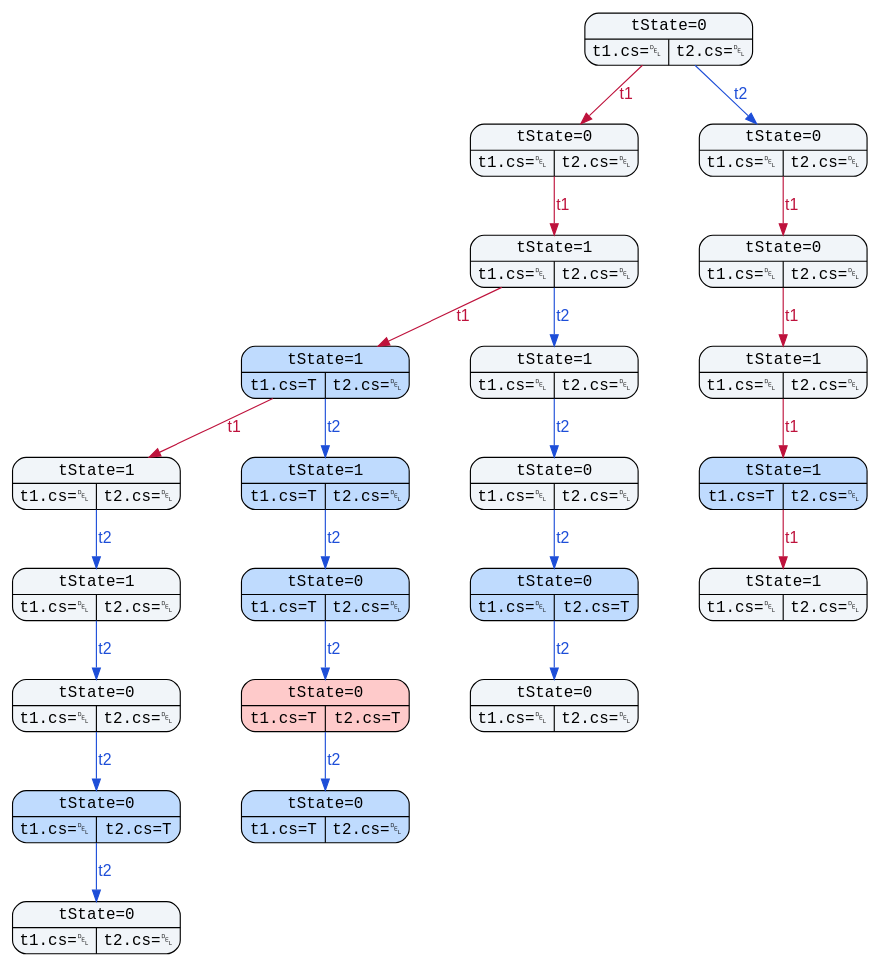
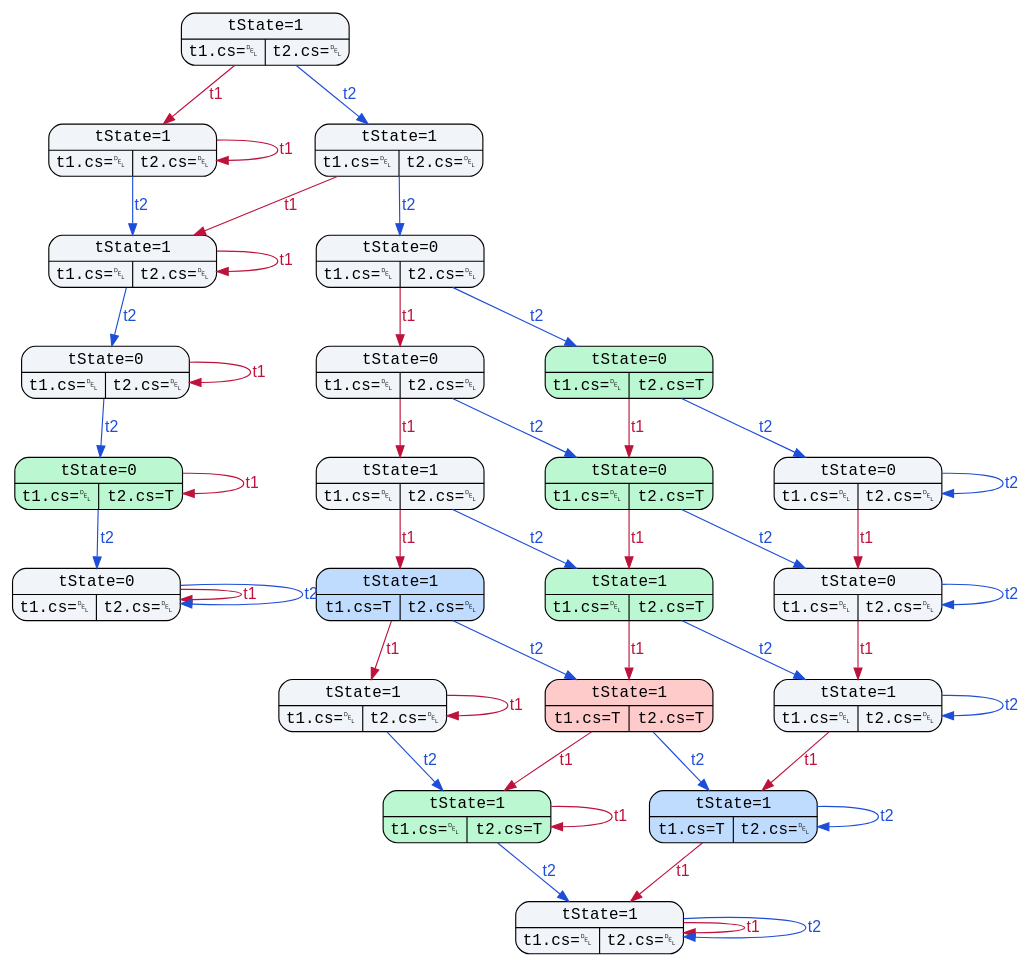
Before and after one commit to StormMapleleaf/operating-systems: the diagram in class note/model/model-checker/a.gv, drawn with Graphviz. The commit also changed 3 other files, not shown here.

```diff
--- a/class note/model/model-checker/a.gv
+++ b/class note/model/model-checker/a.gv
@@ -1,49 +1,72 @@
 digraph G {
 	graph [fontsize=12 layout=dot nodesep=0.75]
 	subgraph legend {
 		node [fontname="Courier New" shape=Mrecord style=filled]
-		s0 [label="{{tState=0}|{{t1.cs=␡}|{t2.cs=␡}}}" fillcolor="#f1f5f9" id=s0]
-		s1 [label="{{tState=0}|{{t1.cs=␡}|{t2.cs=␡}}}" fillcolor="#f1f5f9" id=s1]
-		s2 [label="{{tState=0}|{{t1.cs=␡}|{t2.cs=␡}}}" fillcolor="#f1f5f9" id=s2]
+		s0 [label="{{tState=1}|{{t1.cs=␡}|{t2.cs=␡}}}" fillcolor="#f1f5f9" id=s0]
+		s1 [label="{{tState=1}|{{t1.cs=␡}|{t2.cs=␡}}}" fillcolor="#f1f5f9" id=s1]
+		s2 [label="{{tState=1}|{{t1.cs=␡}|{t2.cs=␡}}}" fillcolor="#f1f5f9" id=s2]
 		s3 [label="{{tState=1}|{{t1.cs=␡}|{t2.cs=␡}}}" fillcolor="#f1f5f9" id=s3]
 		s4 [label="{{tState=0}|{{t1.cs=␡}|{t2.cs=␡}}}" fillcolor="#f1f5f9" id=s4]
-		s5 [label="{{tState=1}|{{t1.cs=T}|{t2.cs=␡}}}" fillcolor="#bfdbfe" id=s5]
-		s6 [label="{{tState=1}|{{t1.cs=␡}|{t2.cs=␡}}}" fillcolor="#f1f5f9" id=s6]
-		s7 [label="{{tState=1}|{{t1.cs=␡}|{t2.cs=␡}}}" fillcolor="#f1f5f9" id=s7]
-		s8 [label="{{tState=1}|{{t1.cs=␡}|{t2.cs=␡}}}" fillcolor="#f1f5f9" id=s8]
-		s9 [label="{{tState=1}|{{t1.cs=T}|{t2.cs=␡}}}" fillcolor="#bfdbfe" id=s9]
-		s10 [label="{{tState=0}|{{t1.cs=␡}|{t2.cs=␡}}}" fillcolor="#f1f5f9" id=s10]
-		s11 [label="{{tState=1}|{{t1.cs=T}|{t2.cs=␡}}}" fillcolor="#bfdbfe" id=s11]
-		s12 [label="{{tState=1}|{{t1.cs=␡}|{t2.cs=␡}}}" fillcolor="#f1f5f9" id=s12]
-		s13 [label="{{tState=0}|{{t1.cs=T}|{t2.cs=␡}}}" fillcolor="#bfdbfe" id=s13]
-		s14 [label="{{tState=0}|{{t1.cs=␡}|{t2.cs=T}}}" fillcolor="#bfdbfe" id=s14]
-		s15 [label="{{tState=1}|{{t1.cs=␡}|{t2.cs=␡}}}" fillcolor="#f1f5f9" id=s15]
-		s16 [label="{{tState=0}|{{t1.cs=␡}|{t2.cs=␡}}}" fillcolor="#f1f5f9" id=s16]
-		s17 [label="{{tState=0}|{{t1.cs=T}|{t2.cs=T}}}" fillcolor="#fecaca" id=s17]
-		s18 [label="{{tState=0}|{{t1.cs=␡}|{t2.cs=␡}}}" fillcolor="#f1f5f9" id=s18]
-		s19 [label="{{tState=0}|{{t1.cs=␡}|{t2.cs=T}}}" fillcolor="#bfdbfe" id=s19]
-		s20 [label="{{tState=0}|{{t1.cs=T}|{t2.cs=␡}}}" fillcolor="#bfdbfe" id=s20]
-		s21 [label="{{tState=0}|{{t1.cs=␡}|{t2.cs=␡}}}" fillcolor="#f1f5f9" id=s21]
+		s5 [label="{{tState=0}|{{t1.cs=␡}|{t2.cs=␡}}}" fillcolor="#f1f5f9" id=s5]
+		s6 [label="{{tState=0}|{{t1.cs=␡}|{t2.cs=␡}}}" fillcolor="#f1f5f9" id=s6]
+		s7 [label="{{tState=0}|{{t1.cs=␡}|{t2.cs=T}}}" fillcolor="#bbf7d0" id=s7]
+		s8 [label="{{tState=0}|{{t1.cs=␡}|{t2.cs=T}}}" fillcolor="#bbf7d0" id=s8]
+		s9 [label="{{tState=1}|{{t1.cs=␡}|{t2.cs=␡}}}" fillcolor="#f1f5f9" id=s9]
+		s10 [label="{{tState=0}|{{t1.cs=␡}|{t2.cs=T}}}" fillcolor="#bbf7d0" id=s10]
+		s11 [label="{{tState=0}|{{t1.cs=␡}|{t2.cs=␡}}}" fillcolor="#f1f5f9" id=s11]
+		s12 [label="{{tState=0}|{{t1.cs=␡}|{t2.cs=␡}}}" fillcolor="#f1f5f9" id=s12]
+		s13 [label="{{tState=1}|{{t1.cs=T}|{t2.cs=␡}}}" fillcolor="#bfdbfe" id=s13]
+		s14 [label="{{tState=1}|{{t1.cs=␡}|{t2.cs=T}}}" fillcolor="#bbf7d0" id=s14]
+		s15 [label="{{tState=0}|{{t1.cs=␡}|{t2.cs=␡}}}" fillcolor="#f1f5f9" id=s15]
+		s16 [label="{{tState=1}|{{t1.cs=␡}|{t2.cs=␡}}}" fillcolor="#f1f5f9" id=s16]
+		s17 [label="{{tState=1}|{{t1.cs=T}|{t2.cs=T}}}" fillcolor="#fecaca" id=s17]
+		s18 [label="{{tState=1}|{{t1.cs=␡}|{t2.cs=␡}}}" fillcolor="#f1f5f9" id=s18]
+		s19 [label="{{tState=1}|{{t1.cs=␡}|{t2.cs=T}}}" fillcolor="#bbf7d0" id=s19]
+		s20 [label="{{tState=1}|{{t1.cs=T}|{t2.cs=␡}}}" fillcolor="#bfdbfe" id=s20]
+		s21 [label="{{tState=1}|{{t1.cs=␡}|{t2.cs=␡}}}" fillcolor="#f1f5f9" id=s21]
+		s0 -> s1 [label=t1 color="#be123c" fontcolor="#be123c" fontname=Helvetica id="s0-s1"]
 		s0 -> s2 [label=t2 color="#1d4ed8" fontcolor="#1d4ed8" fontname=Helvetica id="s0-s2"]
-		s0 -> s1 [label=t1 color="#be123c" fontcolor="#be123c" fontname=Helvetica id="s0-s1"]
-		s1 -> s3 [label=t1 color="#be123c" fontcolor="#be123c" fontname=Helvetica id="s1-s3"]
-		s2 -> s4 [label=t1 color="#be123c" fontcolor="#be123c" fontname=Helvetica id="s2-s4"]
-		s3 -> s5 [label=t1 color="#be123c" fontcolor="#be123c" fontname=Helvetica id="s3-s5"]
-		s4 -> s7 [label=t1 color="#be123c" fontcolor="#be123c" fontname=Helvetica id="s4-s7"]
-		s5 -> s8 [label=t1 color="#be123c" fontcolor="#be123c" fontname=Helvetica id="s5-s8"]
-		s7 -> s11 [label=t1 color="#be123c" fontcolor="#be123c" fontname=Helvetica id="s7-s11"]
+		s1 -> s1 [label=t1 color="#be123c" fontcolor="#be123c" fontname=Helvetica id="s1-s1"]
+		s1 -> s3 [label=t2 color="#1d4ed8" fontcolor="#1d4ed8" fontname=Helvetica id="s1-s3"]
+		s2 -> s3 [label=t1 color="#be123c" fontcolor="#be123c" fontname=Helvetica id="s2-s3"]
+		s2 -> s4 [label=t2 color="#1d4ed8" fontcolor="#1d4ed8" fontname=Helvetica id="s2-s4"]
+		s3 -> s3 [label=t1 color="#be123c" fontcolor="#be123c" fontname=Helvetica id="s3-s3"]
+		s3 -> s5 [label=t2 color="#1d4ed8" fontcolor="#1d4ed8" fontname=Helvetica id="s3-s5"]
+		s4 -> s6 [label=t1 color="#be123c" fontcolor="#be123c" fontname=Helvetica id="s4-s6"]
+		s4 -> s7 [label=t2 color="#1d4ed8" fontcolor="#1d4ed8" fontname=Helvetica id="s4-s7"]
+		s5 -> s5 [label=t1 color="#be123c" fontcolor="#be123c" fontname=Helvetica id="s5-s5"]
+		s5 -> s8 [label=t2 color="#1d4ed8" fontcolor="#1d4ed8" fontname=Helvetica id="s5-s8"]
+		s6 -> s9 [label=t1 color="#be123c" fontcolor="#be123c" fontname=Helvetica id="s6-s9"]
+		s6 -> s10 [label=t2 color="#1d4ed8" fontcolor="#1d4ed8" fontname=Helvetica id="s6-s10"]
+		s7 -> s10 [label=t1 color="#be123c" fontcolor="#be123c" fontname=Helvetica id="s7-s10"]
+		s7 -> s11 [label=t2 color="#1d4ed8" fontcolor="#1d4ed8" fontname=Helvetica id="s7-s11"]
+		s8 -> s8 [label=t1 color="#be123c" fontcolor="#be123c" fontname=Helvetica id="s8-s8"]
+		s8 -> s12 [label=t2 color="#1d4ed8" fontcolor="#1d4ed8" fontname=Helvetica id="s8-s12"]
+		s9 -> s13 [label=t1 color="#be123c" fontcolor="#be123c" fontname=Helvetica id="s9-s13"]
+		s9 -> s14 [label=t2 color="#1d4ed8" fontcolor="#1d4ed8" fontname=Helvetica id="s9-s14"]
+		s10 -> s14 [label=t1 color="#be123c" fontcolor="#be123c" fontname=Helvetica id="s10-s14"]
+		s10 -> s15 [label=t2 color="#1d4ed8" fontcolor="#1d4ed8" fontname=Helvetica id="s10-s15"]
 		s11 -> s15 [label=t1 color="#be123c" fontcolor="#be123c" fontname=Helvetica id="s11-s15"]
-		s3 -> s6 [label=t2 color="#1d4ed8" fontcolor="#1d4ed8" fontname=Helvetica id="s3-s6"]
-		s5 -> s9 [label=t2 color="#1d4ed8" fontcolor="#1d4ed8" fontname=Helvetica id="s5-s9"]
-		s6 -> s10 [label=t2 color="#1d4ed8" fontcolor="#1d4ed8" fontname=Helvetica id="s6-s10"]
-		s8 -> s12 [label=t2 color="#1d4ed8" fontcolor="#1d4ed8" fontname=Helvetica id="s8-s12"]
-		s9 -> s13 [label=t2 color="#1d4ed8" fontcolor="#1d4ed8" fontname=Helvetica id="s9-s13"]
-		s10 -> s14 [label=t2 color="#1d4ed8" fontcolor="#1d4ed8" fontname=Helvetica id="s10-s14"]
-		s12 -> s16 [label=t2 color="#1d4ed8" fontcolor="#1d4ed8" fontname=Helvetica id="s12-s16"]
+		s11 -> s11 [label=t2 color="#1d4ed8" fontcolor="#1d4ed8" fontname=Helvetica id="s11-s11"]
+		s12 -> s12 [label=t1 color="#be123c" fontcolor="#be123c" fontname=Helvetica id="s12-s12"]
+		s12 -> s12 [label=t2 color="#1d4ed8" fontcolor="#1d4ed8" fontname=Helvetica id="s12-s12"]
+		s13 -> s16 [label=t1 color="#be123c" fontcolor="#be123c" fontname=Helvetica id="s13-s16"]
 		s13 -> s17 [label=t2 color="#1d4ed8" fontcolor="#1d4ed8" fontname=Helvetica id="s13-s17"]
+		s14 -> s17 [label=t1 color="#be123c" fontcolor="#be123c" fontname=Helvetica id="s14-s17"]
 		s14 -> s18 [label=t2 color="#1d4ed8" fontcolor="#1d4ed8" fontname=Helvetica id="s14-s18"]
+		s15 -> s18 [label=t1 color="#be123c" fontcolor="#be123c" fontname=Helvetica id="s15-s18"]
+		s15 -> s15 [label=t2 color="#1d4ed8" fontcolor="#1d4ed8" fontname=Helvetica id="s15-s15"]
+		s16 -> s16 [label=t1 color="#be123c" fontcolor="#be123c" fontname=Helvetica id="s16-s16"]
 		s16 -> s19 [label=t2 color="#1d4ed8" fontcolor="#1d4ed8" fontname=Helvetica id="s16-s19"]
+		s17 -> s19 [label=t1 color="#be123c" fontcolor="#be123c" fontname=Helvetica id="s17-s19"]
 		s17 -> s20 [label=t2 color="#1d4ed8" fontcolor="#1d4ed8" fontname=Helvetica id="s17-s20"]
+		s18 -> s20 [label=t1 color="#be123c" fontcolor="#be123c" fontname=Helvetica id="s18-s20"]
+		s18 -> s18 [label=t2 color="#1d4ed8" fontcolor="#1d4ed8" fontname=Helvetica id="s18-s18"]
+		s19 -> s19 [label=t1 color="#be123c" fontcolor="#be123c" fontname=Helvetica id="s19-s19"]
 		s19 -> s21 [label=t2 color="#1d4ed8" fontcolor="#1d4ed8" fontname=Helvetica id="s19-s21"]
+		s20 -> s21 [label=t1 color="#be123c" fontcolor="#be123c" fontname=Helvetica id="s20-s21"]
+		s20 -> s20 [label=t2 color="#1d4ed8" fontcolor="#1d4ed8" fontname=Helvetica id="s20-s20"]
+		s21 -> s21 [label=t1 color="#be123c" fontcolor="#be123c" fontname=Helvetica id="s21-s21"]
+		s21 -> s21 [label=t2 color="#1d4ed8" fontcolor="#1d4ed8" fontname=Helvetica id="s21-s21"]
 	}
 }
```
